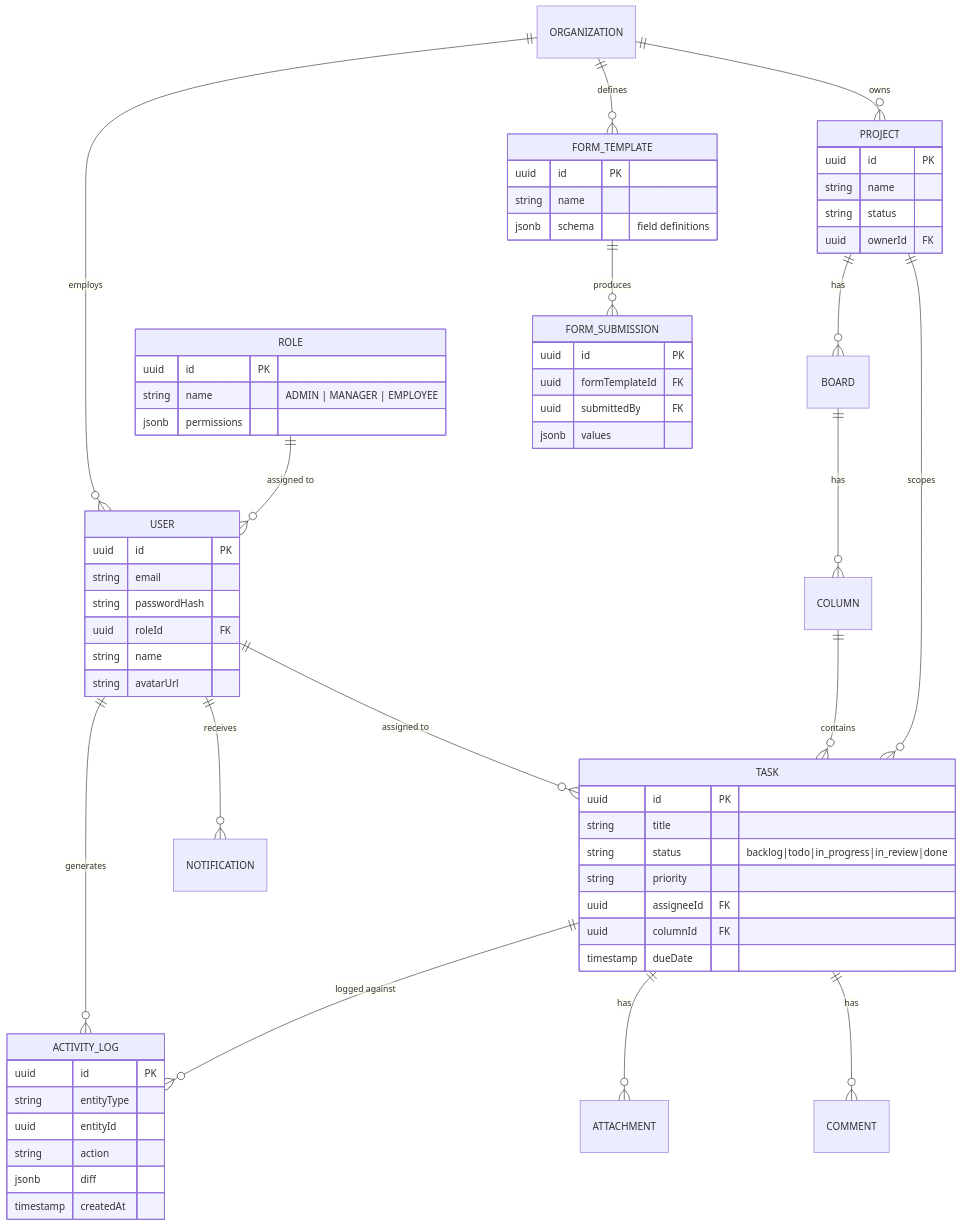
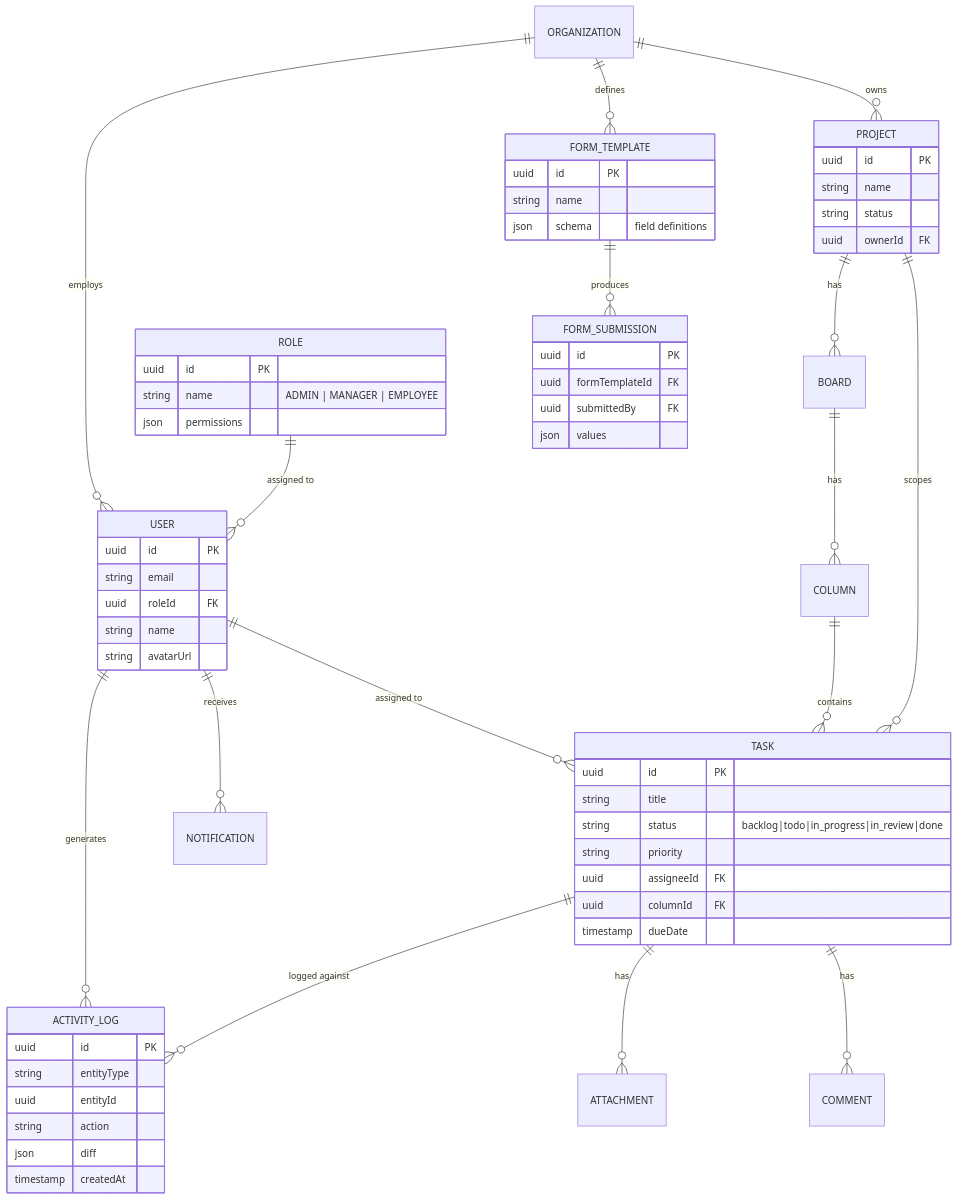
One commit to Shubhek-sha/finaltask changed the second of 6 diagrams in ARCHITECTURE.md. Above: the diagram before and after it, drawn with Mermaid. The commit also changed other lines of this file and 7 other files, not shown here.

````diff
--- a/ARCHITECTURE.md
+++ b/ARCHITECTURE.md
@@ -199,66 +203,65 @@
 ```mermaid
 erDiagram
     ORGANIZATION ||--o{ USER : employs
     ORGANIZATION ||--o{ PROJECT : owns
     ROLE ||--o{ USER : "assigned to"
     USER ||--o{ TASK : "assigned to"
     USER ||--o{ ACTIVITY_LOG : generates
     USER ||--o{ NOTIFICATION : receives
     PROJECT ||--o{ BOARD : has
     BOARD ||--o{ COLUMN : has
     COLUMN ||--o{ TASK : contains
     PROJECT ||--o{ TASK : scopes
     TASK ||--o{ COMMENT : has
     TASK ||--o{ ATTACHMENT : has
     TASK ||--o{ ACTIVITY_LOG : "logged against"
     FORM_TEMPLATE ||--o{ FORM_SUBMISSION : produces
     ORGANIZATION ||--o{ FORM_TEMPLATE : defines
 
     USER {
         uuid id PK
         string email
-        string passwordHash
         uuid roleId FK
         string name
         string avatarUrl
     }
     ROLE {
         uuid id PK
         string name "ADMIN | MANAGER | EMPLOYEE"
-        jsonb permissions
+        json permissions
     }
     PROJECT {
         uuid id PK
         string name
         string status
         uuid ownerId FK
     }
     TASK {
         uuid id PK
         string title
         string status "backlog|todo|in_progress|in_review|done"
         string priority
         uuid assigneeId FK
         uuid columnId FK
         timestamp dueDate
     }
     FORM_TEMPLATE {
         uuid id PK
         string name
-        jsonb schema "field definitions"
+        json schema "field definitions"
     }
     FORM_SUBMISSION {
         uuid id PK
         uuid formTemplateId FK
         uuid submittedBy FK
-        jsonb values
+        json values
     }
     ACTIVITY_LOG {
         uuid id PK
         string entityType
         uuid entityId
         string action
-        jsonb diff
+        json diff
         timestamp createdAt
     }
 ```
````
